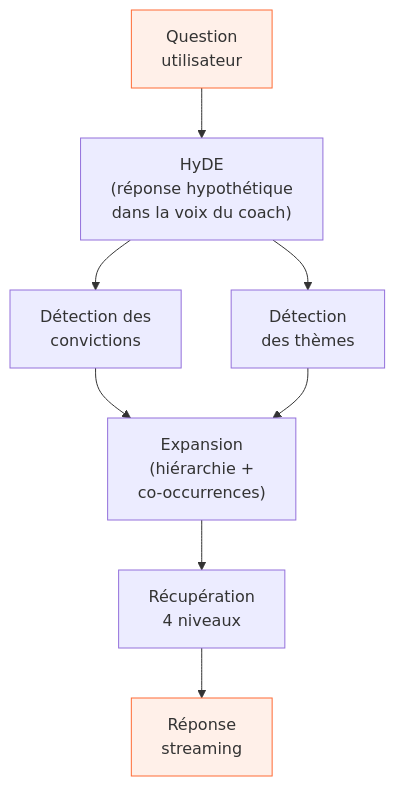
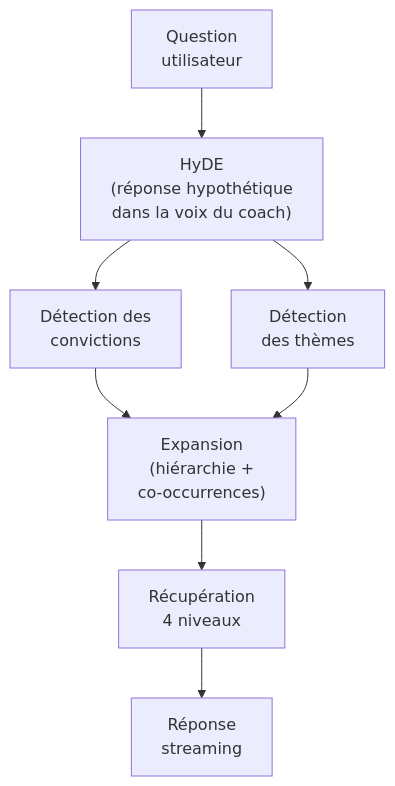
One commit to jbdaudet/leplusgrandnombre changed the third of 6 diagrams in content/applications.md. Above: the diagram before and after it, drawn with Mermaid. The commit also changed other lines of this file and 4 other files, not shown here.

Commit message:
update of the design scroll back up behavior + mermaid graphs rebuild

```diff
--- a/content/applications.md
+++ b/content/applications.md
@@ -132,13 +119,10 @@
 {{< mermaid >}}
 flowchart TB
     Q["Question\nutilisateur"] --> H["HyDE\n(réponse hypothétique\ndans la voix du coach)"]
     H --> T["Détection\ndes thèmes"]
     H --> C["Détection des\nconvictions"]
     C --> E["Expansion\n(hiérarchie +\nco-occurrences)"]
     T --> E
     E --> R["Récupération\n4 niveaux"]
     R --> G["Réponse\nstreaming"]
-
-    style Q fill:#FFF0E9,stroke:#FF6B35
-    style G fill:#FFF0E9,stroke:#FF6B35
 {{< /mermaid >}}
```
